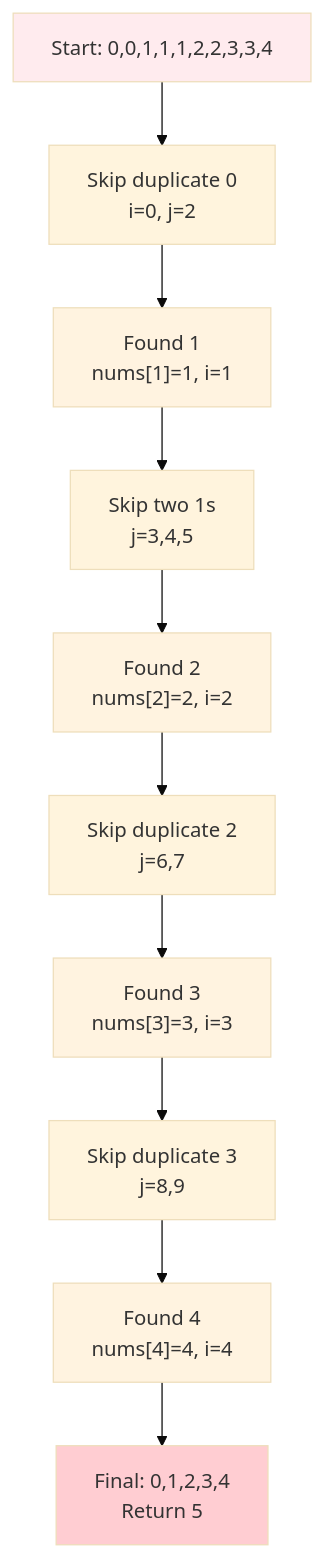
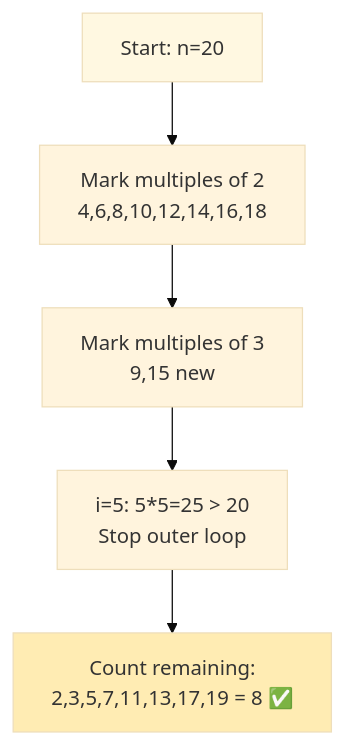
The fifth of 13 diagrams in README.md (LuckyLongre123/README_RUNNER), drawn with Mermaid (base theme) before and after one commit. The commit also changed other lines of this file, not shown here.

````diff
--- a/README.md
+++ b/README.md
@@ -120,19 +136,10 @@
 ```mermaid
 flowchart TD
-    A["Start: 0,0,1,1,1,2,2,3,3,4"] --> B["Skip duplicate 0<br/>i=0, j=2"]
-    B --> C["Found 1<br/>nums[1]=1, i=1"]
-    C --> D["Skip two 1s<br/>j=3,4,5"]
-    D --> E["Found 2<br/>nums[2]=2, i=2"]
-    E --> F["Skip duplicate 2<br/>j=6,7"]
-    F --> G["Found 3<br/>nums[3]=3, i=3"]
-    G --> H["Skip duplicate 3<br/>j=8,9"]
-    H --> I["Found 4<br/>nums[4]=4, i=4"]
-    I --> J["Final: 0,1,2,3,4<br/>Return 5"]
+    A[Start: n=20] --> B[Mark multiples of 2<br/>4,6,8,10,12,14,16,18]
+    B --> C[Mark multiples of 3<br/>9,15 new]
+    C --> D[i=5: 5*5=25 > 20<br/>Stop outer loop]
+    D --> E[Count remaining:<br/>2,3,5,7,11,13,17,19 = 8 ✅]
     
-    style A fill:#ffebee
-    style C fill:#fff3e0
-    style E fill:#fff3e0
-    style G fill:#fff3e0
-    style I fill:#fff3e0
-    style J fill:#ffcdd2
+    style A fill:#fff8e1
+    style E fill:#ffecb3
 ```
````
